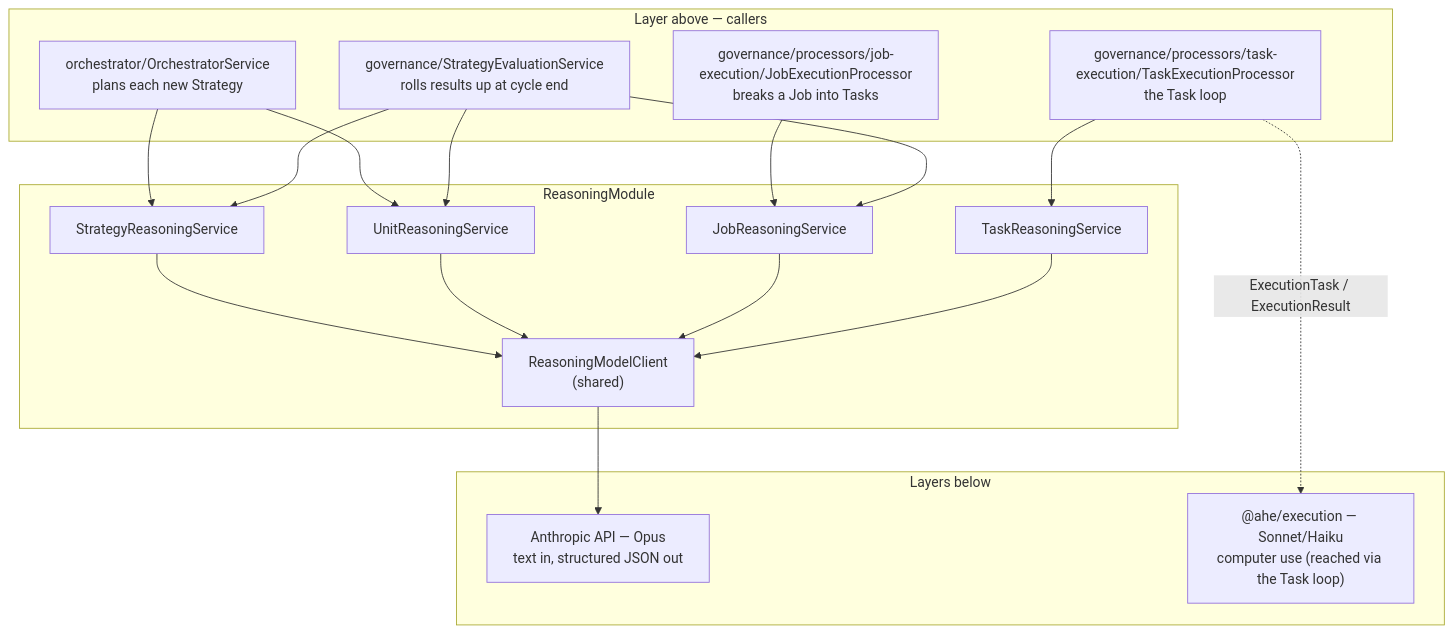
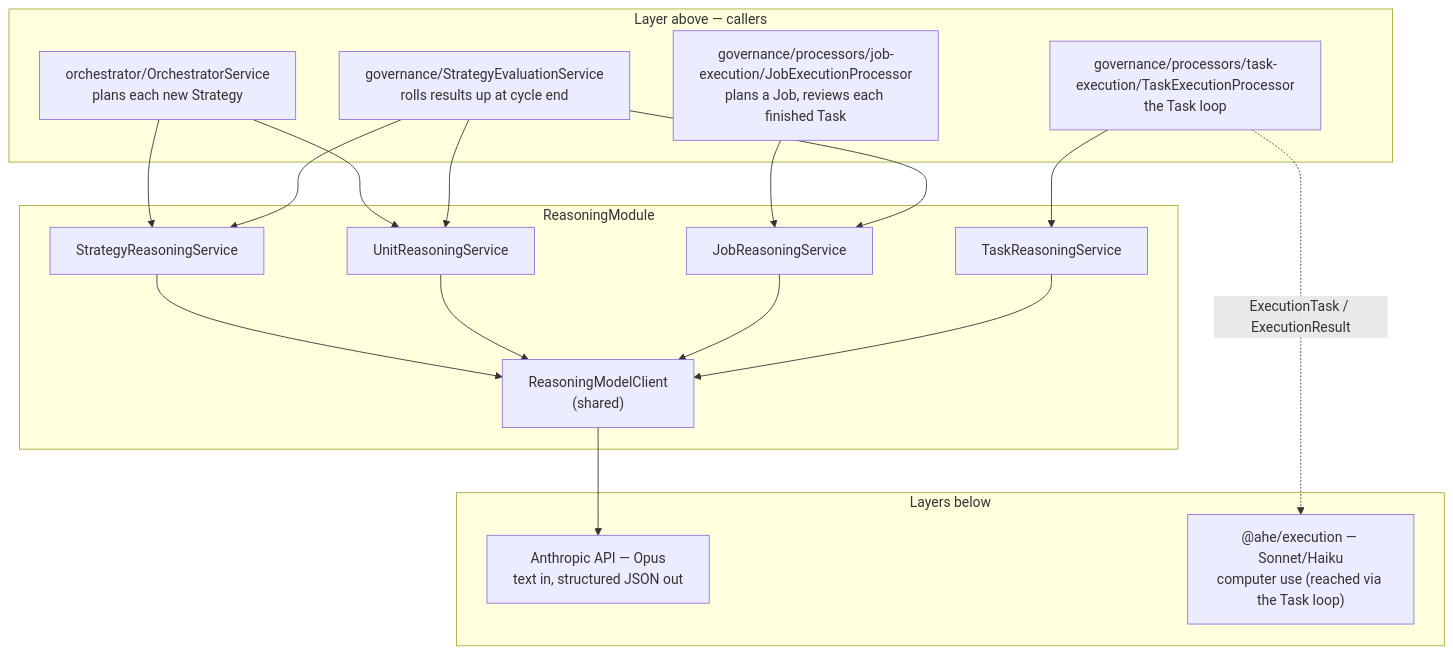
The first of 5 diagrams in packages/backend/src/reasoning/tech-spec.md (BaraaSoft/agentcores), drawn with Mermaid before and after one commit. The commit also changed other lines of this file and 36 other files, not shown here.

First line of the commit message:
Enhance job and task management in governance module

````diff
--- a/packages/backend/src/reasoning/tech-spec.md
+++ b/packages/backend/src/reasoning/tech-spec.md
@@ -20,30 +21,30 @@
 ```mermaid
 flowchart TB
     subgraph Above["Layer above — callers"]
         Orch["orchestrator/OrchestratorService<br/>plans each new Strategy"]
-        JobExec["governance/processors/job-execution/JobExecutionProcessor<br/>breaks a Job into Tasks"]
+        JobExec["governance/processors/job-execution/JobExecutionProcessor<br/>plans a Job, reviews each finished Task"]
         Evaluation["governance/StrategyEvaluationService<br/>rolls results up at cycle end"]
         TaskExec["governance/processors/task-execution/TaskExecutionProcessor<br/>the Task loop"]
     end
 
     subgraph Reasoning["ReasoningModule"]
         S["StrategyReasoningService"]
         U["UnitReasoningService"]
         J["JobReasoningService"]
         T["TaskReasoningService"]
         Client["ReasoningModelClient<br/>(shared)"]
         S & U & J & T --> Client
     end
 
     subgraph Below["Layers below"]
         Anthropic["Anthropic API — Opus<br/>text in, structured JSON out"]
         Execution["@ahe/execution — Sonnet/Haiku<br/>computer use (reached via the Task loop)"]
     end
 
     Orch --> S & U
     JobExec --> J
     Evaluation --> J & U & S
     TaskExec --> T
     Client --> Anthropic
     TaskExec -. "ExecutionTask / ExecutionResult" .-> Execution
 ```
````
